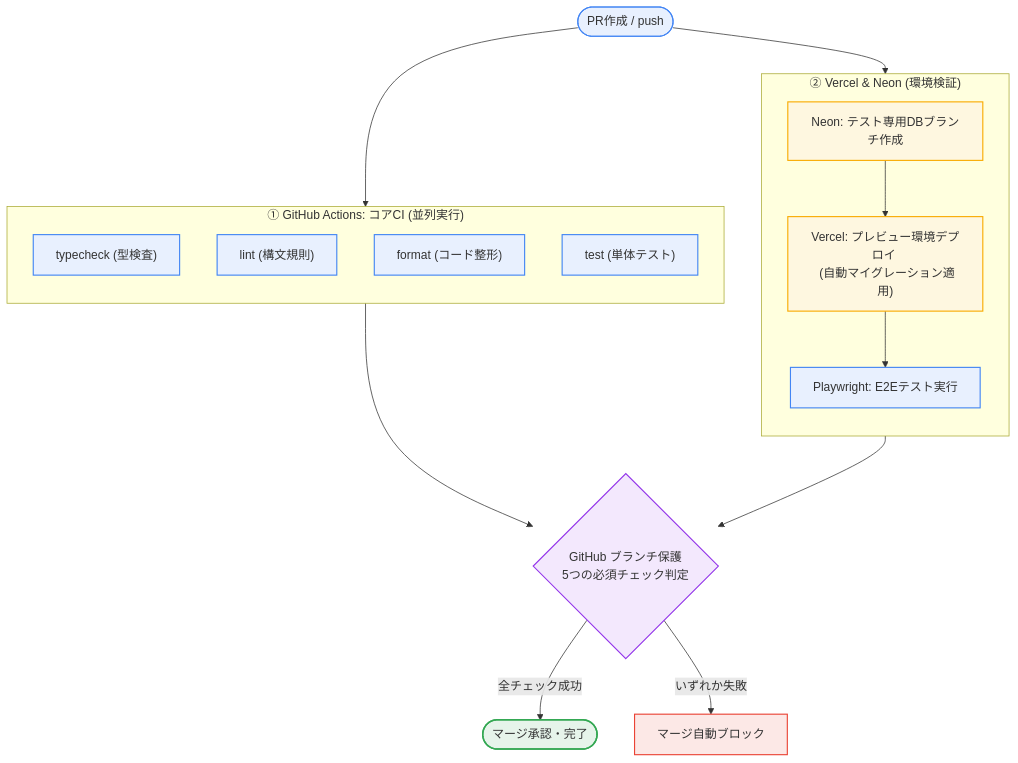
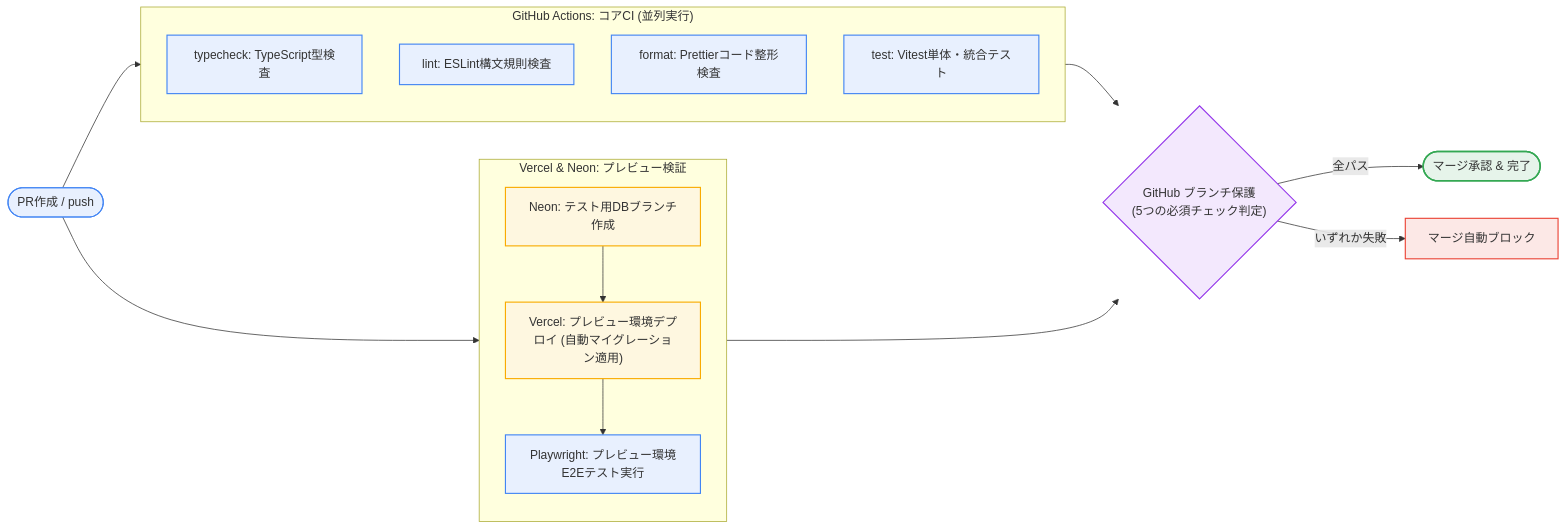
Before and after one commit to asaborian/material-request: the first of 2 diagrams in README.md, drawn with Mermaid.

Commit message:
docs: Mermaid図を横長レイアウトに変更しブロック幅を拡大

````diff
--- a/README.md
+++ b/README.md
@@ -28,38 +28,36 @@
 ```mermaid
-flowchart TD
+flowchart LR
     classDef test fill:#e8f0fe,stroke:#4285f4,stroke-width:1.5px;
     classDef db fill:#fef7e0,stroke:#f9ab00,stroke-width:1.5px;
     classDef gate fill:#f3e8fd,stroke:#9334ea,stroke-width:1.5px;
     classDef ok fill:#e6f4ea,stroke:#34a853,stroke-width:2px;
     classDef ng fill:#fce8e6,stroke:#ea4335,stroke-width:1.5px;
 
     PR(["PR作成 / push"]):::test
 
-    %% 並列で走る2大パイプライン
-    subgraph CI [" ① GitHub Actions: コアCI (並列実行) "]
+    subgraph CI [" GitHub Actions: コアCI (並列実行) "]
         direction TB
-        TC["typecheck (型検査)"]:::test
-        LINT["lint (構文規則)"]:::test
-        FMT["format (コード整形)"]:::test
-        UNIT["test (単体テスト)"]:::test
+        TC["typecheck: TypeScript型検査"]:::test
+        LINT["lint: ESLint構文規則検査"]:::test
+        FMT["format: Prettierコード整形検査"]:::test
+        UNIT["test: Vitest単体・統合テスト"]:::test
     end
 
-    subgraph PREVIEW [" ② Vercel & Neon (環境検証) "]
+    subgraph PREVIEW [" Vercel & Neon: プレビュー検証 "]
         direction TB
-        NEON["Neon: テスト専用DBブランチ作成"]:::db
-        VERCEL["Vercel: プレビュー環境デプロイ <br> (自動マイグレーション適用)"]:::db
-        E2E["Playwright: E2Eテスト実行"]:::test
+        NEON["Neon: テスト用DBブランチ作成"]:::db
+        VERCEL["Vercel: プレビュー環境デプロイ (自動マイグレーション適用)"]:::db
+        E2E["Playwright: プレビュー環境E2Eテスト実行"]:::test
         NEON --> VERCEL --> E2E
     end
 
     PR --> CI
     PR --> PREVIEW
 
-    %% 合流してゲート判定
-    GATE{"GitHub ブランチ保護 <br> 5つの必須チェック判定"}:::gate
+    GATE{"GitHub ブランチ保護<br>(5つの必須チェック判定)"}:::gate
     CI --> GATE
     E2E --> GATE
 
-    GATE -->|全チェック成功| PASS(["マージ承認・完了"]):::ok
+    GATE -->|全パス| PASS(["マージ承認 & 完了"]):::ok
     GATE -->|いずれか失敗| FAIL["マージ自動ブロック"]:::ng
 ```
````
